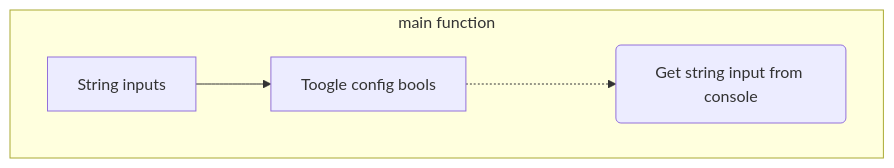
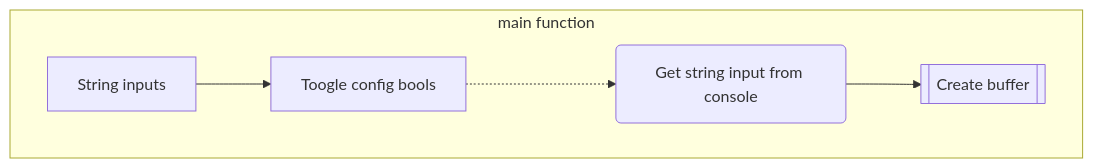
One commit to Jzhyang1/Monomer changed the sixth of 6 diagrams in Implementation.md. Above: the diagram before and after it, drawn with Mermaid. The commit also changed other lines of this file, not shown here.

Commit message:
Implementation.md updated from https://stackedit.io/

````diff
--- a/Implementation.md
+++ b/Implementation.md
@@ -229,7 +229,9 @@
 ```mermaid
 graph TD
 subgraph sg1["main function"]
 	A[String inputs] --> B[Toogle config bools]
 	B ..-> C(Get string input from console)
+	C --> D[[Create buffer]]
+	
 end
 ```
````
